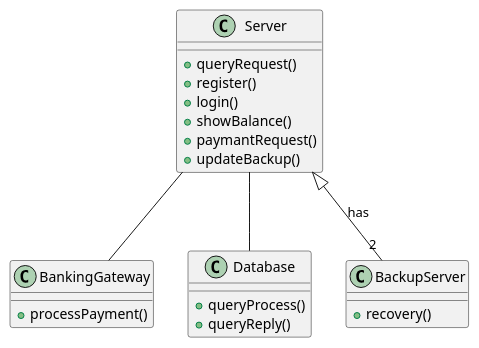
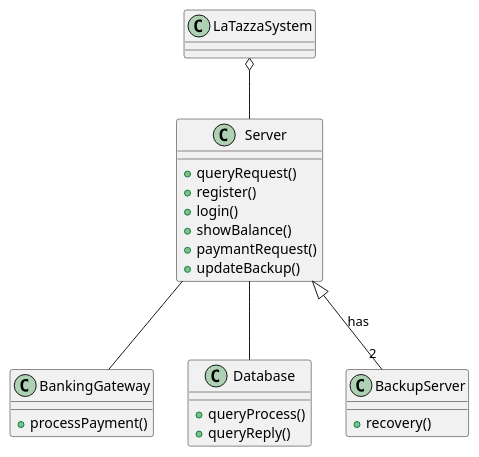
Before and after one commit to salvatore-dimartino/LaTazza: the fourth of 4 diagrams in templates/RequirementsTemplate.md, drawn with PlantUML. The commit also changed other lines of this file, not shown here.

````diff
--- a/templates/RequirementsTemplate.md
+++ b/templates/RequirementsTemplate.md
@@ -590,33 +589,38 @@
 ```plantuml
 @startuml
+
+class LaTazzaSystem {
+  
+}
 
 class Server {
   
 	+queryRequest()
   	+register()
   	+login()
 	+showBalance()
   	+paymantRequest()
 	+updateBackup()
 }
 
 class BankingGateway {
   +processPayment()
 }
 
 class Database {
 	+queryProcess()
 	+queryReply()
 }
 
 class BackupServer {
 	
 	+recovery()
 }
 
 Server -- BankingGateway
 Server -- Database
 Server <|-- "2" BackupServer : has
+LaTazzaSystem o-- Server
 
 @enduml
 ```
````
